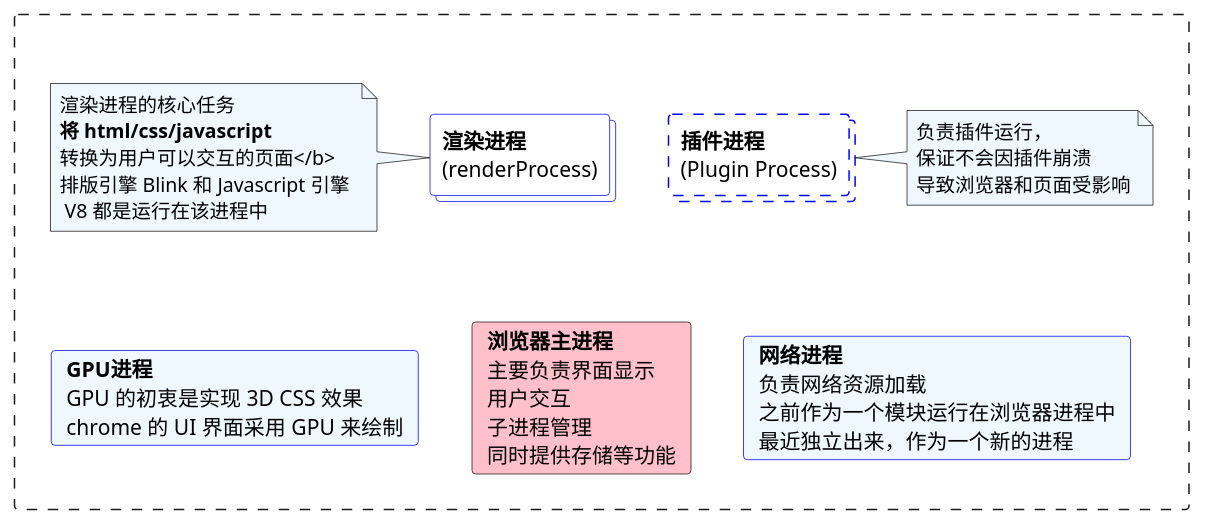
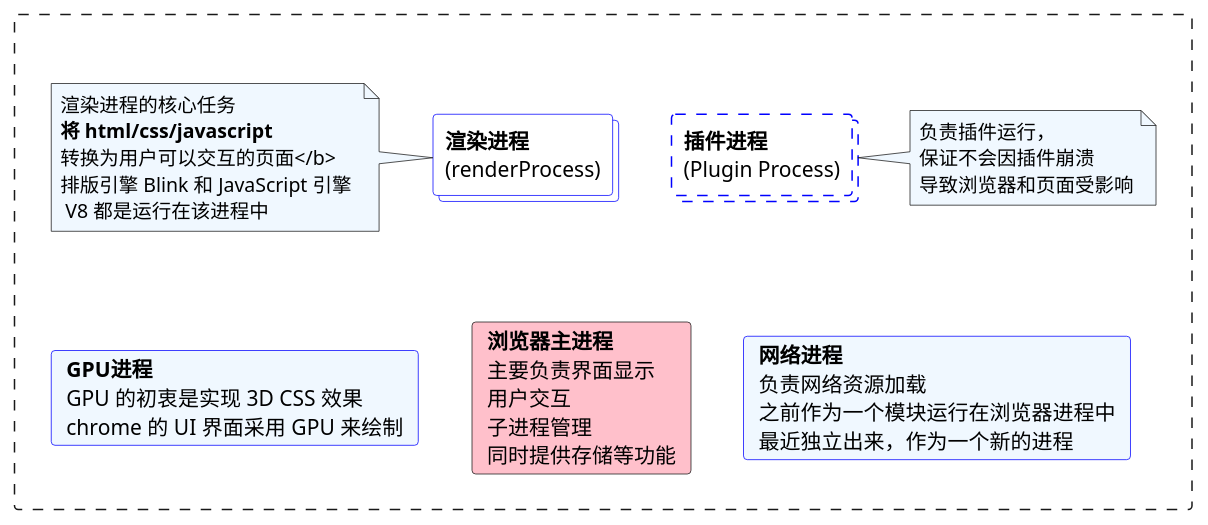
The fourth of 5 diagrams in source/_posts/浏览器工作原理（2）浏览器的进化史.md (HelenZhangLP/blog), drawn with PlantUML before and after one commit. The commit also changed other lines of this file and 134 other files, not shown here.

```diff
--- a/source/_posts/浏览器工作原理（2）浏览器的进化史.md
+++ b/source/_posts/浏览器工作原理（2）浏览器的进化史.md
@@ -168,35 +168,35 @@
 {% plantuml %}
 rectangle " " #fff;line.dashed {
   together {
     collections "**插件进程**\n(Plugin Process)" as pluginProcess #fff;line:blue;line.dashed
     note right of pluginProcess #aliceblue;line.dotted;line:blue;: 负责插件运行，\n保证不会因插件崩溃\n导致浏览器和页面受影响
     collections "**渲染进程**\n(renderProcess)" as renderProcess #fff;line:blue;
-    note left of renderProcess #aliceblue;line:blue;line.dotted;: 渲染进程的核心任务\n<b>将 html/css/javascript\n转换为用户可以交互的页面</b>\n排版引擎 Blink 和 Javascript 引擎 \n V8 都是运行在该进程中
+    note left of renderProcess #aliceblue;line:blue;line.dotted;: 渲染进程的核心任务\n<b>将 html/css/javascript\n转换为用户可以交互的页面</b>\n排版引擎 Blink 和 JavaScript 引擎 \n V8 都是运行在该进程中
   }
 
   together {
     card networkProcess #aliceblue;line:blue; [
       **网络进程**
       负责网络资源加载
       之前作为一个模块运行在浏览器进程中
       最近独立出来，作为一个新的进程
     ]
     card BrowserProcess #pink [
       **浏览器主进程**
       主要负责界面显示
       用户交互
       子进程管理
       同时提供存储等功能
     ]
 
     card GPUProcess #aliceblue;line:blue; [
       **GPU进程**
       GPU 的初衷是实现 3D CSS 效果
       chrome 的 UI 界面采用 GPU 来绘制
     ]
   }
 
   renderProcess -[#transparent]->networkProcess
 }
 
 {% endplantuml %}
```
